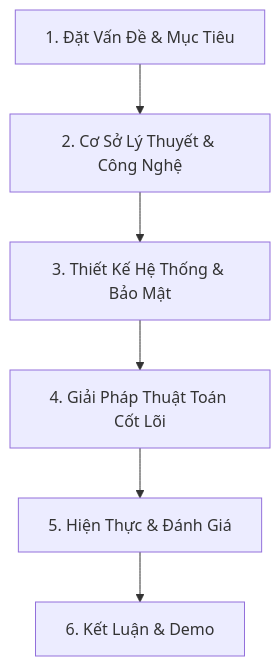
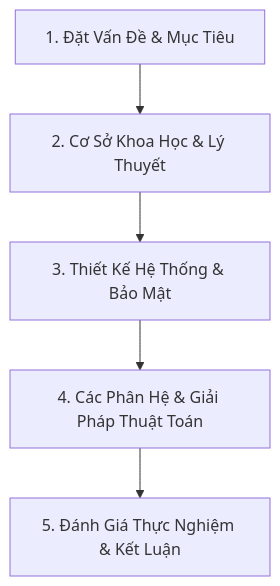
One commit to KhoaSinno/triam-backend changed the diagram in _docs_capstone/slide_content.md. Above: the diagram before and after it, drawn with Mermaid. The commit also changed other lines of this file and 1 other file, not shown here.

Commit message:
hotfix: schema

````diff
--- a/_docs_capstone/slide_content.md
+++ b/_docs_capstone/slide_content.md
@@ -16,8 +17,7 @@
 ```mermaid
 graph TD
-    A[1. Đặt Vấn Đề & Mục Tiêu] --> B[2. Cơ Sở Lý Thuyết & Công Nghệ]
+    A[1. Đặt Vấn Đề & Mục Tiêu] --> B[2. Cơ Sở Khoa Học & Lý Thuyết]
     B --> C[3. Thiết Kế Hệ Thống & Bảo Mật]
-    C --> D[4. Giải Pháp Thuật Toán Cốt Lõi]
-    D --> E[5. Hiện Thực & Đánh Giá]
-    E --> F[6. Kết Luận & Demo]
+    C --> D[4. Các Phân Hệ & Giải Pháp Thuật Toán]
+    D --> E[5. Đánh Giá Thực Nghiệm & Kết Luận]
 ```
````
